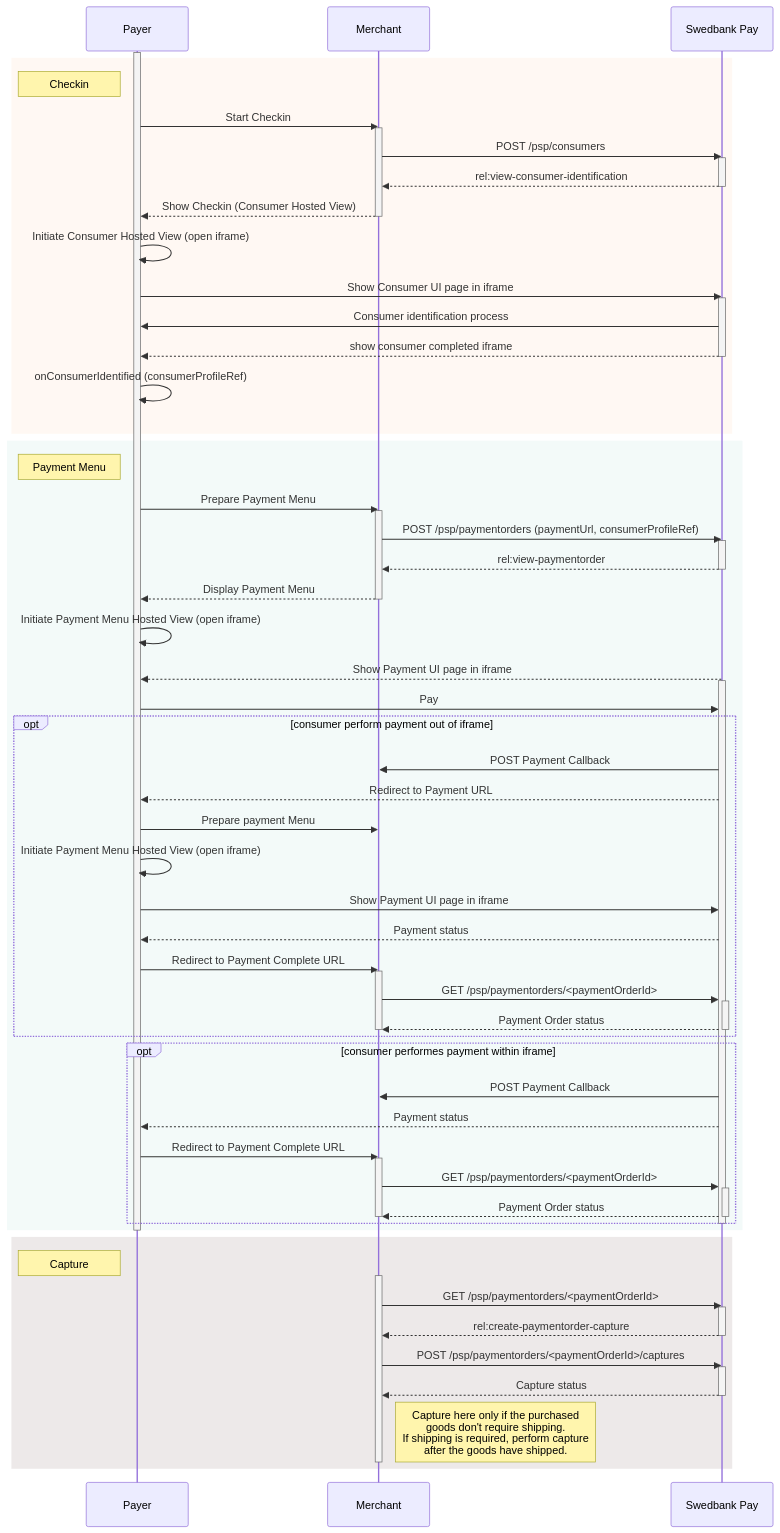
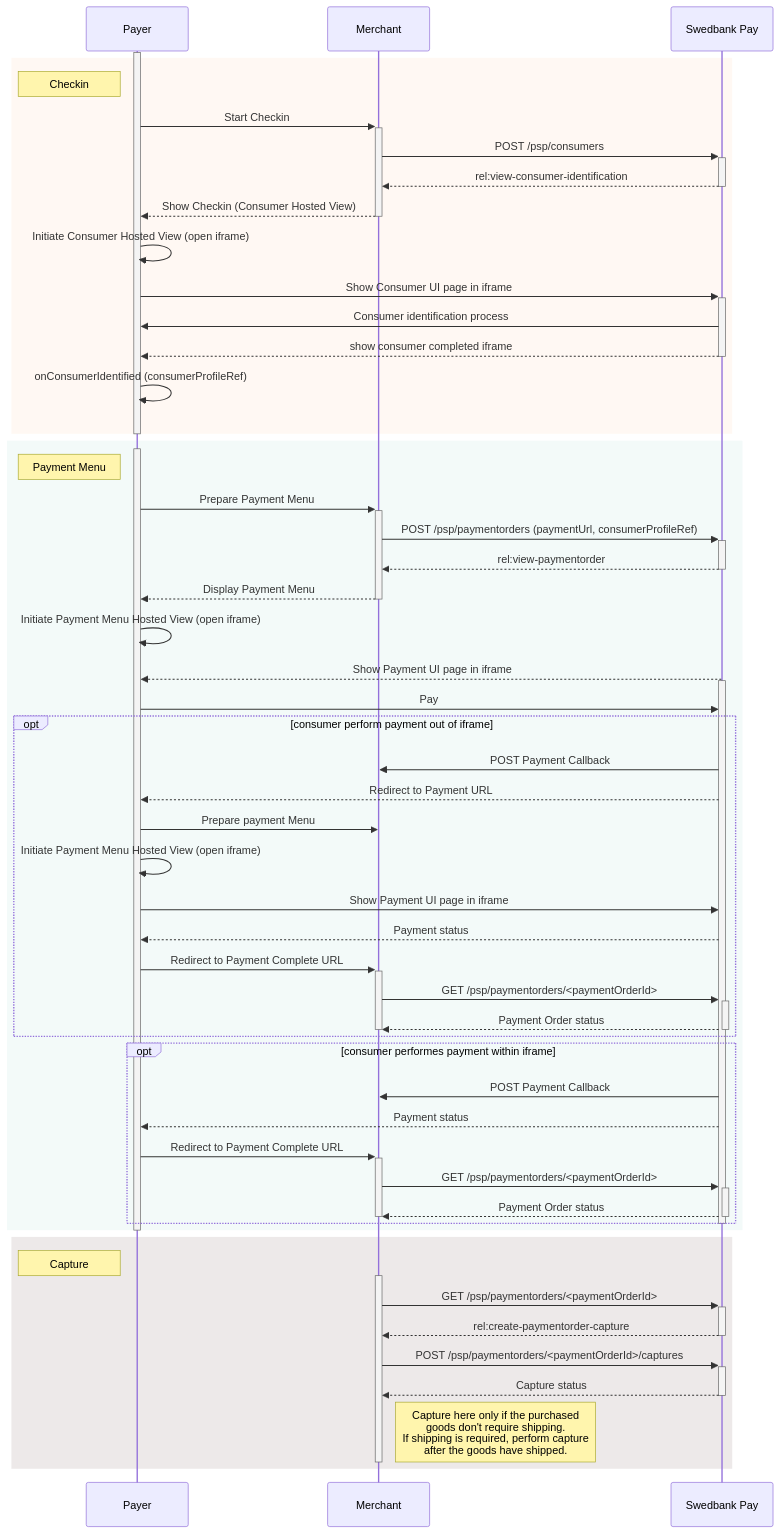
The diagram in checkout/index.md (SwedbankPay/developer.swedbankpay.com), drawn with Mermaid before and after one commit.

Commit message:
Chore: Added shortcut notation to mermaid sequence diagram

```diff
--- a/checkout/index.md
+++ b/checkout/index.md
@@ -60,34 +60,26 @@
         rect rgba(238, 112, 35, 0.05)
             note left of Payer: Checkin
 
-            Payer ->> Merchant: Start Checkin
-            activate Merchant
-                Merchant ->> SwedbankPay: POST /psp/consumers
-                activate SwedbankPay
-                    SwedbankPay -->> Merchant: rel:view-consumer-identification
-                deactivate SwedbankPay
-                Merchant -->> Payer: Show Checkin (Consumer Hosted View)
+            Payer ->>+ Merchant: Start Checkin
+                Merchant ->>+ SwedbankPay: POST /psp/consumers
+                    SwedbankPay -->>- Merchant: rel:view-consumer-identification
+                Merchant -->>- Payer: Show Checkin (Consumer Hosted View)
 
-            deactivate Merchant
             Payer ->> Payer: Initiate Consumer Hosted View (open iframe)
-            Payer ->> SwedbankPay: Show Consumer UI page in iframe
-            activate SwedbankPay
+            Payer ->>+ SwedbankPay: Show Consumer UI page in iframe
                 SwedbankPay ->> Payer: Consumer identification process
-                SwedbankPay -->> Payer: show consumer completed iframe
-            deactivate SwedbankPay
+                SwedbankPay -->>- Payer: show consumer completed iframe
             Payer ->> Payer: onConsumerIdentified (consumerProfileRef)
         end
+    deactivate Payer
 
         rect rgba(138,205,195,0.1)
+    activate Payer
             note left of Payer: Payment Menu
-            Payer ->> Merchant: Prepare Payment Menu
-            activate Merchant
-                Merchant ->> SwedbankPay: POST /psp/paymentorders (paymentUrl, consumerProfileRef)
-                activate SwedbankPay
-                    SwedbankPay -->> Merchant: rel:view-paymentorder
-                deactivate SwedbankPay
-                Merchant -->> Payer: Display Payment Menu
-            deactivate Merchant
+            Payer ->>+ Merchant: Prepare Payment Menu
+                Merchant ->>+ SwedbankPay: POST /psp/paymentorders (paymentUrl, consumerProfileRef)
+                    SwedbankPay -->>- Merchant: rel:view-paymentorder
+                Merchant -->>- Payer: Display Payment Menu
             Payer ->> Payer: Initiate Payment Menu Hosted View (open iframe)
             SwedbankPay -->> Payer: Show Payment UI page in iframe
             activate SwedbankPay
@@ -99,23 +91,17 @@
                     Payer ->> Payer: Initiate Payment Menu Hosted View (open iframe)
                     Payer ->> SwedbankPay: Show Payment UI page in iframe
                     SwedbankPay -->> Payer: Payment status
-                    Payer ->> Merchant: Redirect to Payment Complete URL
-                    activate Merchant
-                        Merchant ->> SwedbankPay: GET /psp/paymentorders/<paymentOrderId>
-                        activate SwedbankPay
-                            SwedbankPay -->> Merchant: Payment Order status
-                        deactivate SwedbankPay
+                    Payer ->>+ Merchant: Redirect to Payment Complete URL
+                        Merchant ->>+ SwedbankPay: GET /psp/paymentorders/<paymentOrderId>
+                            SwedbankPay -->>- Merchant: Payment Order status
                     deactivate Merchant
                 end
                 opt consumer performes payment within iframe
                     SwedbankPay ->> Merchant: POST Payment Callback
                     SwedbankPay -->> Payer: Payment status
-                    Payer ->> Merchant: Redirect to Payment Complete URL
-                    activate Merchant
-                        Merchant ->> SwedbankPay: GET /psp/paymentorders/<paymentOrderId>
-                        activate SwedbankPay
-                            SwedbankPay -->> Merchant: Payment Order status
-                        deactivate SwedbankPay
+                    Payer ->>+ Merchant: Redirect to Payment Complete URL
+                        Merchant ->>+ SwedbankPay: GET /psp/paymentorders/<paymentOrderId>
+                            SwedbankPay -->>- Merchant: Payment Order status
                     deactivate Merchant
                 end
             deactivate SwedbankPay
@@ -125,14 +111,10 @@
     rect rgba(81,43,43,0.1)
         note left of Payer: Capture
         activate Merchant
-            Merchant ->> SwedbankPay: GET /psp/paymentorders/<paymentOrderId>
-            activate SwedbankPay
-                SwedbankPay -->> Merchant: rel:create-paymentorder-capture
-            deactivate SwedbankPay
-            Merchant ->> SwedbankPay: POST /psp/paymentorders/<paymentOrderId>/captures
-            activate SwedbankPay
-                SwedbankPay -->> Merchant: Capture status
-            deactivate SwedbankPay
+            Merchant ->>+ SwedbankPay: GET /psp/paymentorders/<paymentOrderId>
+                SwedbankPay -->>- Merchant: rel:create-paymentorder-capture
+            Merchant ->>+ SwedbankPay: POST /psp/paymentorders/<paymentOrderId>/captures
+                SwedbankPay -->>- Merchant: Capture status
             note right of Merchant: Capture here only if the purchased<br/>goods don't require shipping.<br/>If shipping is required, perform capture<br/>after the goods have shipped.
         deactivate Merchant
     end
```
